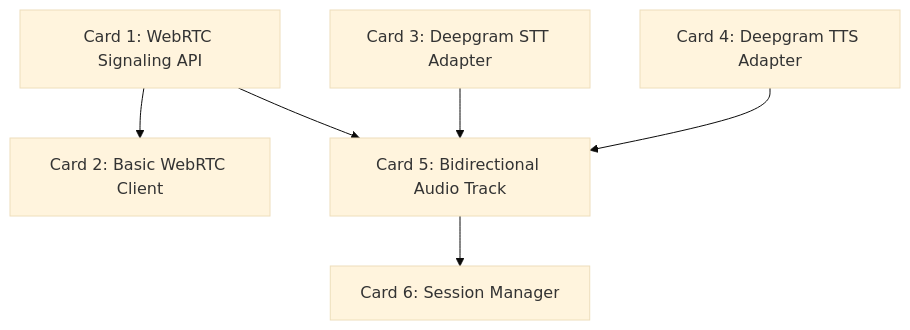
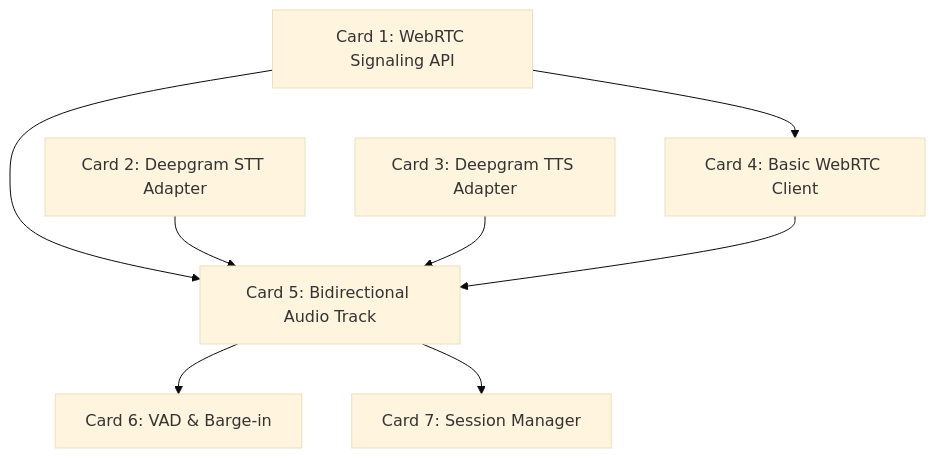
One commit to HamzaFayaz/MedCall-AI changed the diagram in active_features/02_voice_layer_cards.md. Above: the diagram before and after it, drawn with Mermaid (base theme). The commit also changed other lines of this file, not shown here.

Commit message:
we Have to  add the VAD  into this component

````diff
--- a/active_features/02_voice_layer_cards.md
+++ b/active_features/02_voice_layer_cards.md
@@ -7,19 +7,22 @@
 ```mermaid
 graph TD
     %% Independent Cards
     C1["Card 1: WebRTC Signaling API"]
-    C3["Card 3: Deepgram STT Adapter"]
-    C4["Card 4: Deepgram TTS Adapter"]
+    C2["Card 2: Deepgram STT Adapter"]
+    C3["Card 3: Deepgram TTS Adapter"]
 
     %% Dependent Cards
-    C2["Card 2: Basic WebRTC Client"]
+    C4["Card 4: Basic WebRTC Client"]
     C5["Card 5: Bidirectional Audio Track"]
-    C6["Card 6: Session Manager"]
+    C6["Card 6: VAD & Barge-in"]
+    C7["Card 7: Session Manager"]
 
     %% Connections / Dependencies
-    C1 --> C2
+    C1 --> C4
     C1 --> C5
+    C2 --> C5
     C3 --> C5
     C4 --> C5
     C5 --> C6
+    C5 --> C7
 ```
````
